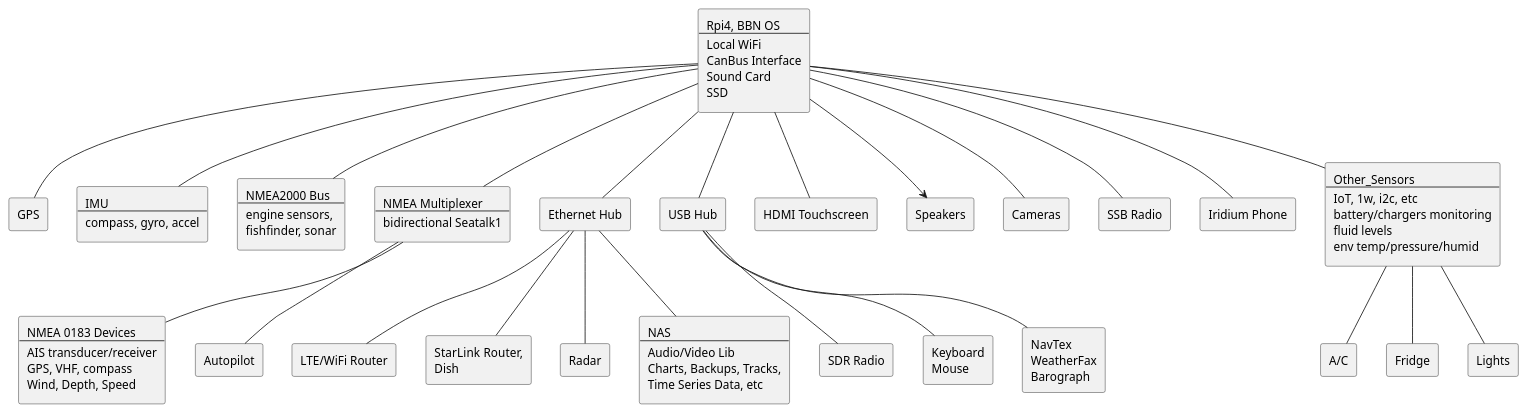
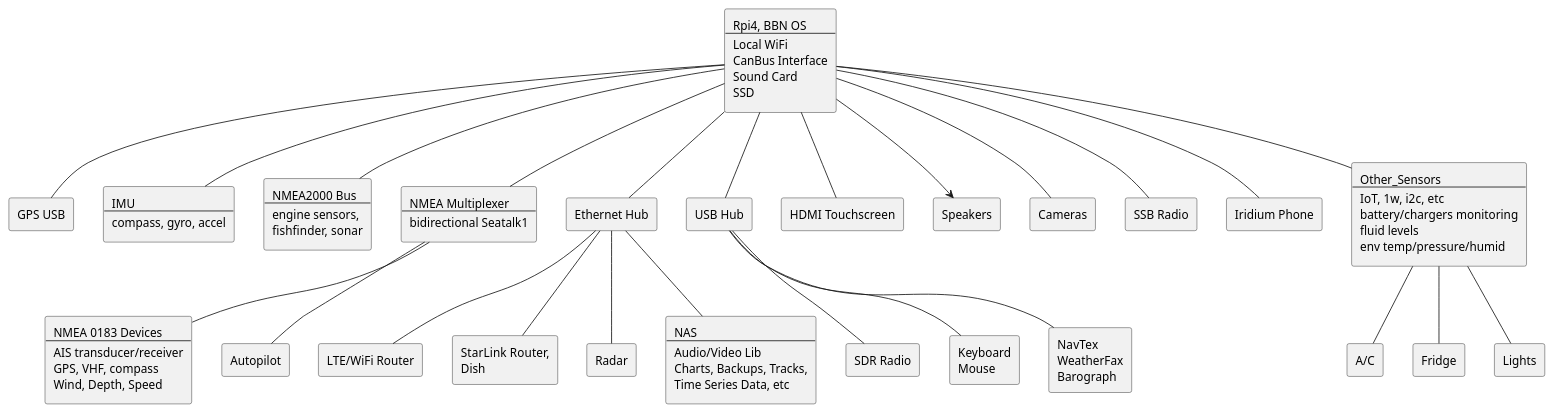
Before and after one commit to bareboat-necessities/my-bareboat: the diagram in docs/plantuml/system-arch.puml, drawn with PlantUML.

```diff
--- a/docs/plantuml/system-arch.puml
+++ b/docs/plantuml/system-arch.puml
@@ -1,161 +1,161 @@
 @startuml
 
 rectangle RPI [
  Rpi4, BBN OS
  ----
  Local WiFi
  CanBus Interface
  Sound Card
  SSD
 ]
 
 rectangle GPS [
- GPS
+ GPS USB
 ]
 
 rectangle IMU [
  IMU
  ----
  compass, gyro, accel
 ]
 
 rectangle NMEA_2000 [
  NMEA2000 Bus
  ----
  engine sensors,
  fishfinder, sonar
 ]
 
 rectangle NMEA_Mux [
  NMEA Multiplexer
  ----
  bidirectional Seatalk1
 ]
 
 rectangle NMEA_0183 [
  NMEA 0183 Devices
  ----
  AIS transducer/receiver
  GPS, VHF, compass
  Wind, Depth, Speed
 ]
 
 rectangle AP [
  Autopilot
 ]
 
 rectangle Eth_Hub [
  Ethernet Hub
 ]
 
 rectangle USB_Hub [
  USB Hub
 ]
 
 rectangle Router [
  LTE/WiFi Router
 ]
 
 rectangle Dish_Router [
  StarLink Router,
  Dish
 ]
 
 rectangle Radar [
  Radar
 ]
 
 rectangle Touchscreen [
  HDMI Touchscreen
 ]
 
 rectangle Speakers [
  Speakers
 ]
 
 rectangle Cameras [
  Cameras
 ]
 
 rectangle SDR [
  SDR Radio
 ]
 
 rectangle SSB [
  SSB Radio
 ]
 
 rectangle Iridium [
  Iridium Phone
 ]
 
 rectangle Other_Sensors [
  Other_Sensors
  ----
  IoT, 1w, i2c, etc
  battery/chargers monitoring
  fluid levels
  env temp/pressure/humid
 ]
 
 rectangle AC [
  A/C
 ]
 
 rectangle Fridge [
  Fridge
 ]
 
 rectangle Lights [
  Lights
 ]
 
 rectangle Keyboard_Mouse [
  Keyboard
  Mouse
 ]
 
 rectangle Weather [
  NavTex
  WeatherFax
  Barograph
 ]
 
 rectangle NAS [
  NAS
  ----
  Audio/Video Lib
  Charts, Backups, Tracks,
  Time Series Data, etc
 ]
 
 RPI -- GPS
 RPI -- IMU
 RPI -- NMEA_2000
 RPI -- NMEA_Mux
 RPI -- Eth_Hub
 RPI -- USB_Hub
 RPI -- Touchscreen
 RPI -- Cameras
 RPI --> Speakers
 RPI -- SSB
 RPI -- Iridium
 RPI -- Other_Sensors
 
 Eth_Hub -- Router
 Eth_Hub -- Radar
 Eth_Hub -- NAS
 Eth_Hub -- Dish_Router
 
 USB_Hub -- SDR
 USB_Hub -- Weather
 USB_Hub -- Keyboard_Mouse
 
 Other_Sensors -- AC
 Other_Sensors -- Fridge
 Other_Sensors -- Lights
 
 NMEA_Mux -- NMEA_0183
 NMEA_Mux -- AP
 
 @enduml
```
